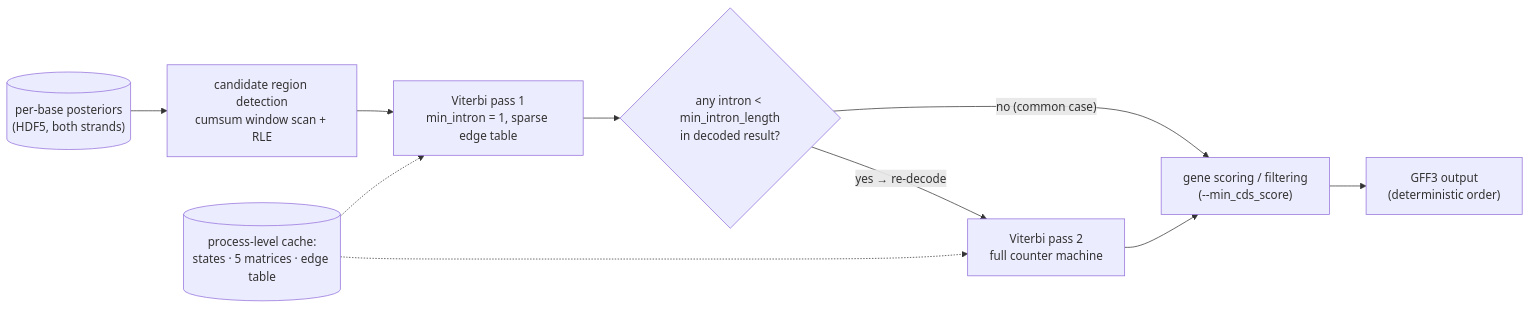
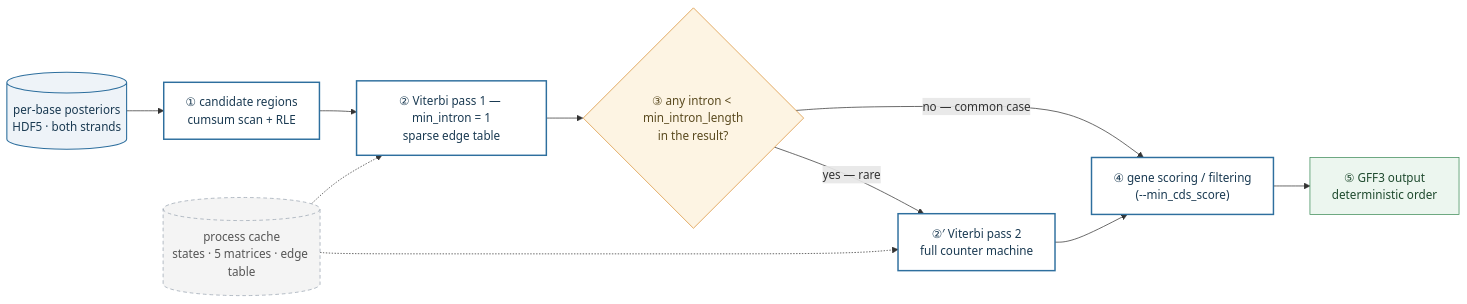
Before and after one commit to wellcover/ANNEVO-fast: the first of 2 diagrams in docs/decoding-internals.md, drawn with Mermaid. The commit also changed other lines of this file and 2 other files, not shown here.

Commit message:
docs: upgrade figures — 4-panel chart with real sparsity scatter (A-matrix: 160/28,900 cells), styled & grouped mermaid diagrams

````diff
--- a/docs/decoding-internals.md
+++ b/docs/decoding-internals.md
@@ -59,13 +59,24 @@
 ```mermaid
 flowchart LR
-    H[("per-base posteriors<br/>(HDF5, both strands)")] --> R["candidate region detection<br/>cumsum window scan + RLE"]
-    R --> V1["Viterbi pass 1<br/>min_intron = 1, sparse edge table"]
-    V1 --> P{"any intron &lt; min_intron_length<br/>in decoded result?"}
-    P -- "no (common case)" --> S["gene scoring / filtering<br/>(--min_cds_score)"]
-    P -- "yes → re-decode" --> V2["Viterbi pass 2<br/>full counter machine"]
-    V2 --> S
-    C[("process-level cache:<br/>states · 5 matrices · edge table")]
+    classDef data fill:#eef3f8,stroke:#2e6f9e,stroke-width:1.5px,color:#1a3a52
+    classDef compute fill:#ffffff,stroke:#2e6f9e,stroke-width:2px,color:#1a3a52
+    classDef decision fill:#fdf4e3,stroke:#d98e32,color:#5a4a1f
+    classDef cache fill:#f4f4f4,stroke:#9aa5b1,stroke-dasharray:5 4,color:#555
+    classDef out fill:#ecf6ef,stroke:#3d8b57,color:#1e4a2e
+
+    H[("per-base posteriors<br/>HDF5 · both strands")]:::data
+    R["① candidate regions<br/>cumsum scan + RLE"]:::compute
+    V1["② Viterbi pass 1 — min_intron = 1<br/>sparse edge table"]:::compute
+    P{"③ any intron &lt; min_intron_length<br/>in the result?"}:::decision
+    V2["②′ Viterbi pass 2<br/>full counter machine"]:::compute
+    S["④ gene scoring / filtering<br/>(--min_cds_score)"]:::compute
+    G["⑤ GFF3 output<br/>deterministic order"]:::out
+    C[("process cache<br/>states · 5 matrices · edge table")]:::cache
+
+    H --> R --> V1 --> P
+    P -- "no — common case" --> S
+    P -- "yes — rare" --> V2 --> S
+    S --> G
     C -.-> V1
     C -.-> V2
-    S --> G["GFF3 output<br/>(deterministic order)"]
 ```
````
